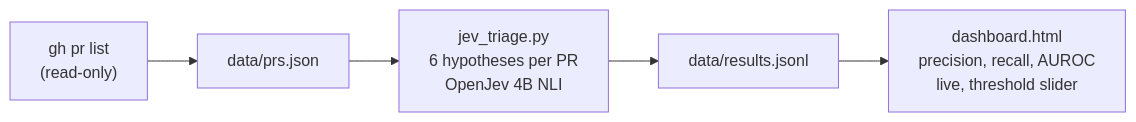
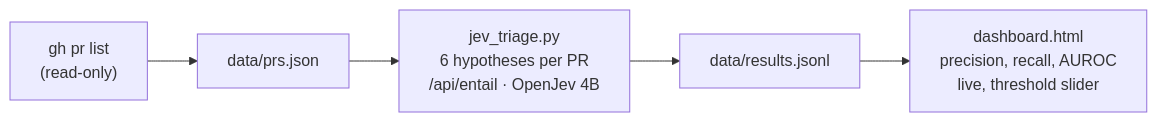
Before and after one commit to retronym/mlx-lm-setup: the fourth of 4 diagrams in README.md, drawn with Mermaid. The commit also changed other lines of this file and 3 other files, not shown here.

Commit message:
Docs: README for the current system (architecture, pipelines as gateway clients, MCP tools, files), PLAN phase 7 findings and future work

````diff
--- a/README.md
+++ b/README.md
@@ -126,4 +113,4 @@
 ```mermaid
 flowchart LR
-  GH["gh pr list<br/>(read-only)"] --> PRS["data/prs.json"] --> TRI["jev_triage.py<br/>6 hypotheses per PR<br/>OpenJev 4B NLI"] --> RES["data/results.jsonl"] --> DASH["dashboard.html<br/>precision, recall, AUROC<br/>live, threshold slider"]
+  GH["gh pr list<br/>(read-only)"] --> PRS["data/prs.json"] --> TRI["jev_triage.py<br/>6 hypotheses per PR<br/>/api/entail · OpenJev 4B"] --> RES["data/results.jsonl"] --> DASH["dashboard.html<br/>precision, recall, AUROC<br/>live, threshold slider"]
 ```
````
